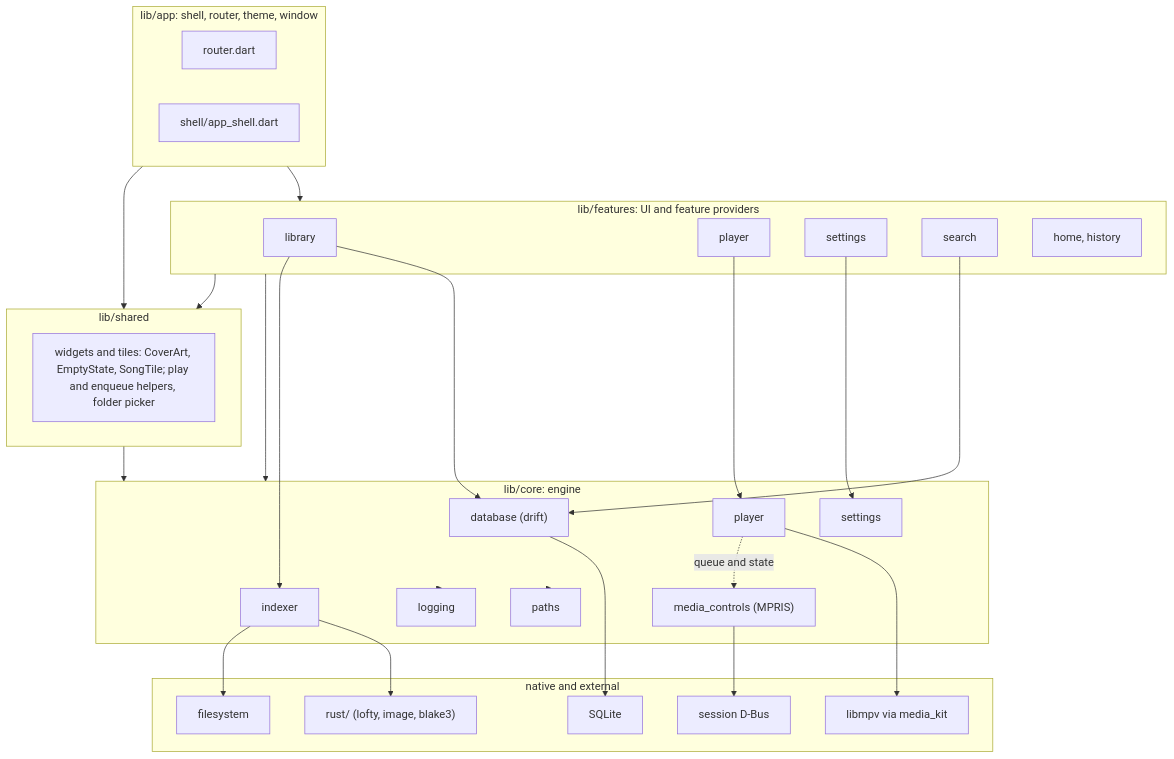
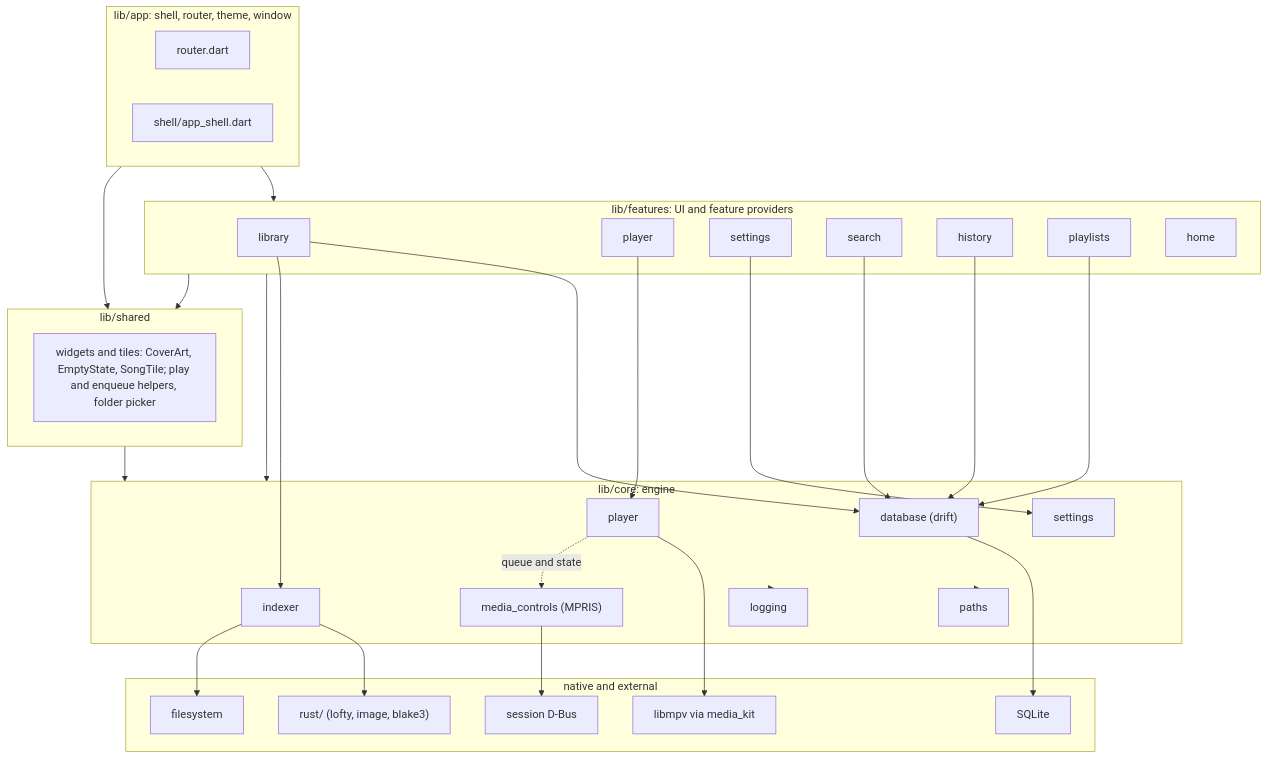
The first of 8 diagrams in docs/system-architecture.md (kanaru313/kanaru), drawn with Mermaid before and after one commit. The commit also changed other lines of this file and 5 other files, not shown here.

Commit message:
docs: bring architecture, overview and roadmap up to date with the latest features

````diff
--- a/docs/system-architecture.md
+++ b/docs/system-architecture.md
@@ -24,56 +24,60 @@
 ```mermaid
 flowchart TD
     subgraph APP ["lib/app: shell, router, theme, window"]
         Router["router.dart"]
         Shell["shell/app_shell.dart"]
     end
 
     subgraph FEAT ["lib/features: UI and feature providers"]
         Library["library"]
         Player["player"]
         Settings["settings"]
         Search["search"]
-        Placeholders["home, history"]
+        History["history"]
+        Playlists["playlists"]
+        Placeholders["home"]
     end
 
     subgraph SHARED ["lib/shared"]
         Widgets["widgets and tiles: CoverArt, EmptyState, SongTile; play and enqueue helpers, folder picker"]
     end
 
     subgraph CORE ["lib/core: engine"]
         Database["database (drift)"]
         Indexer["indexer"]
         PlayerCore["player"]
         MediaCtl["media_controls (MPRIS)"]
         SettingsCore["settings"]
         Logging["logging"]
         Paths["paths"]
     end
 
     subgraph NATIVE ["native and external"]
         Rust["rust/ (lofty, image, blake3)"]
         Mpv["libmpv via media_kit"]
         Sqlite["SQLite"]
         DBus["session D-Bus"]
         FS["filesystem"]
     end
 
     APP --> FEAT
     APP --> SHARED
     FEAT --> CORE
     FEAT --> SHARED
     SHARED --> CORE
     Library --> Database
     Search --> Database
+    History --> Database
+    Playlists --> Database
     Library --> Indexer
     Player --> PlayerCore
     Settings --> SettingsCore
     Indexer --> Rust
     Indexer --> FS
     Database --> Sqlite
     PlayerCore --> Mpv
     MediaCtl --> DBus
     PlayerCore -. "queue and state" .-> MediaCtl
     CORE --> Paths
     CORE --> Logging
 ```
````
